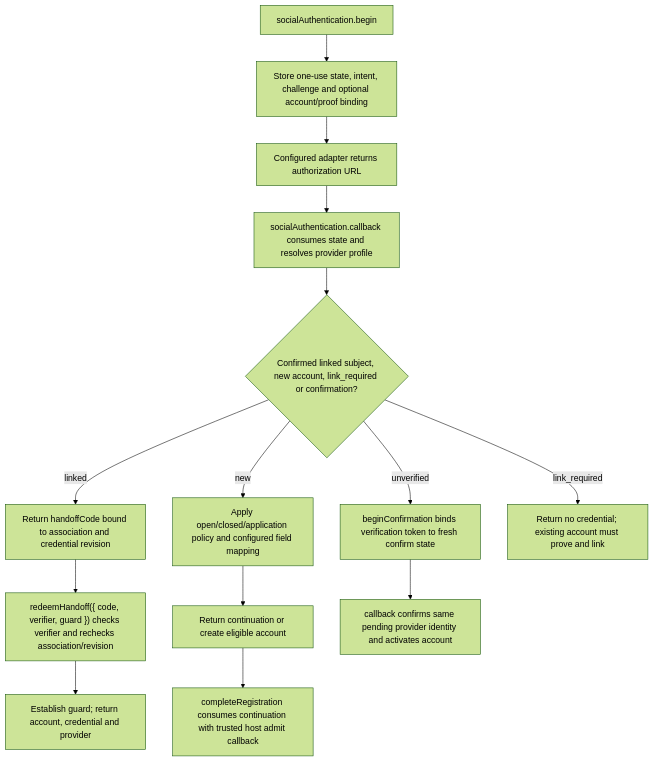
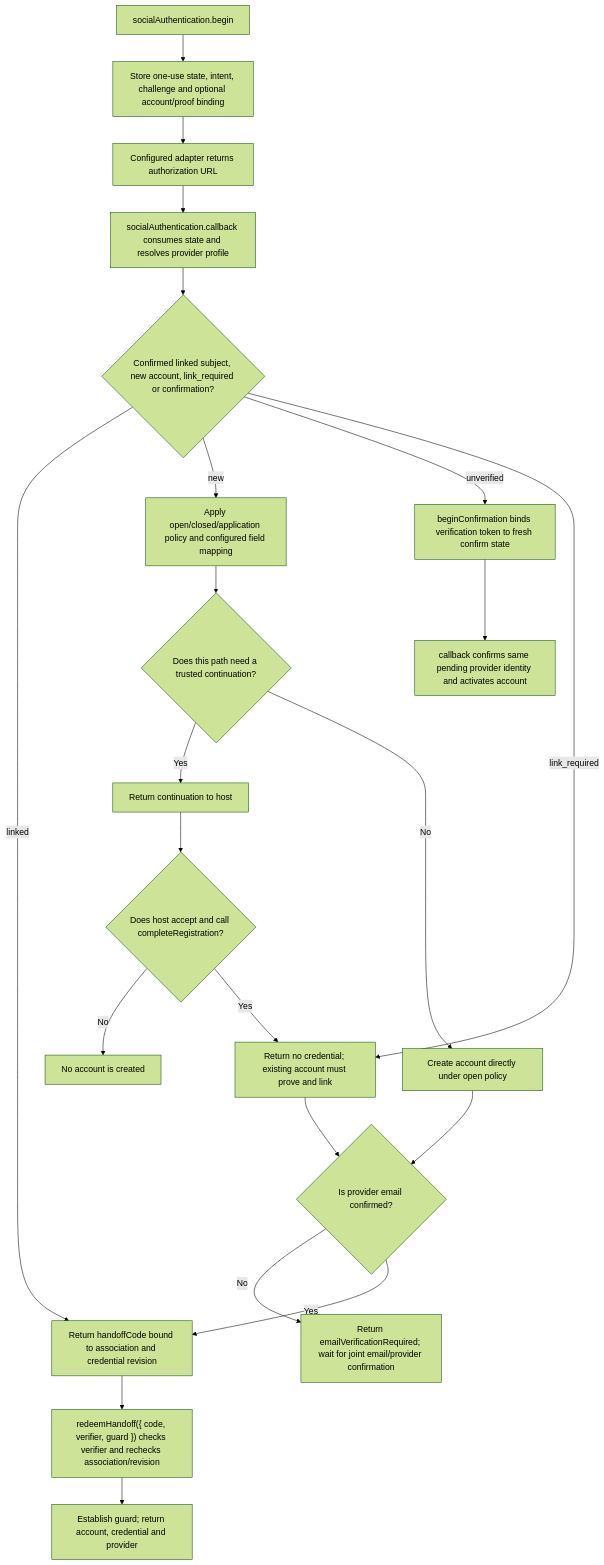
The second of 2 diagrams in user-stories/US-ACCOUNT-20-social-sign-in.md (Kevinjohn/oss-adonisjs-account-kit), drawn with Mermaid (forest theme) before and after one commit. The commit also changed 1 other file, not shown here.

Commit message:
docs: clarify social registration outcomes

````diff
--- a/user-stories/US-ACCOUNT-20-social-sign-in.md
+++ b/user-stories/US-ACCOUNT-20-social-sign-in.md
@@ -41,16 +41,24 @@
 ```mermaid
 flowchart TD
  A["socialAuthentication.begin"] --> B["Store one-use state, intent, challenge and optional account/proof binding"]
  B --> C["Configured adapter returns authorization URL"]
  C --> D["socialAuthentication.callback consumes state and resolves provider profile"]
  D --> E{"Confirmed linked subject, new account, link_required or confirmation?"}
  E -->|linked| F["Return handoffCode bound to association and credential revision"]
  F --> G["redeemHandoff({ code, verifier, guard }) checks verifier and rechecks association/revision"]
  G --> H["Establish guard; return account, credential and provider"]
  E -->|new| I["Apply open/closed/application policy and configured field mapping"]
- I --> J["Return continuation or create eligible account"]
- J --> K["completeRegistration consumes continuation with trusted host admit callback"]
- E -->|unverified| L["beginConfirmation binds verification token to fresh confirm state"]
- L --> M["callback confirms same pending provider identity and activates account"]
+ I --> J{"Does this path need a trusted continuation?"}
+ J -->|Yes| K["Return continuation to host"]
+ K --> L{"Does host accept and call completeRegistration?"}
+ L -->|No| M["No account is created"]
+ L -->|Yes| N["Consume continuation with trusted host admit callback"]
+ J -->|No| O["Create account directly under open policy"]
+ N --> P{"Is provider email confirmed?"}
+ O --> P
+ P -->|No| Q["Return emailVerificationRequired; wait for joint email/provider confirmation"]
+ P -->|Yes| F
+ E -->|unverified| R["beginConfirmation binds verification token to fresh confirm state"]
+ R --> S["callback confirms same pending provider identity and activates account"]
  E -->|link_required| N["Return no credential; existing account must prove and link"]
 ```
````
